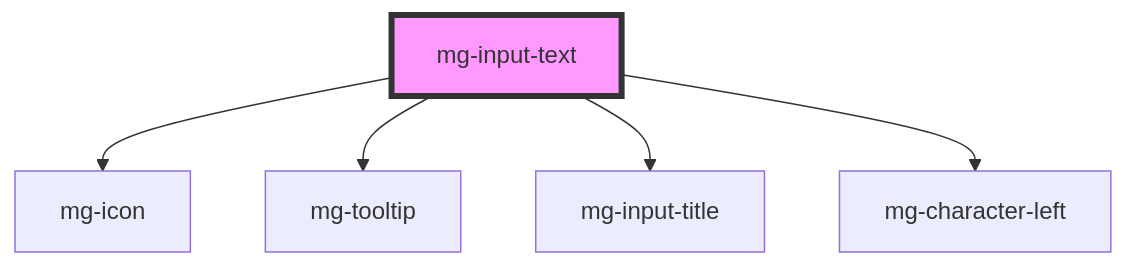
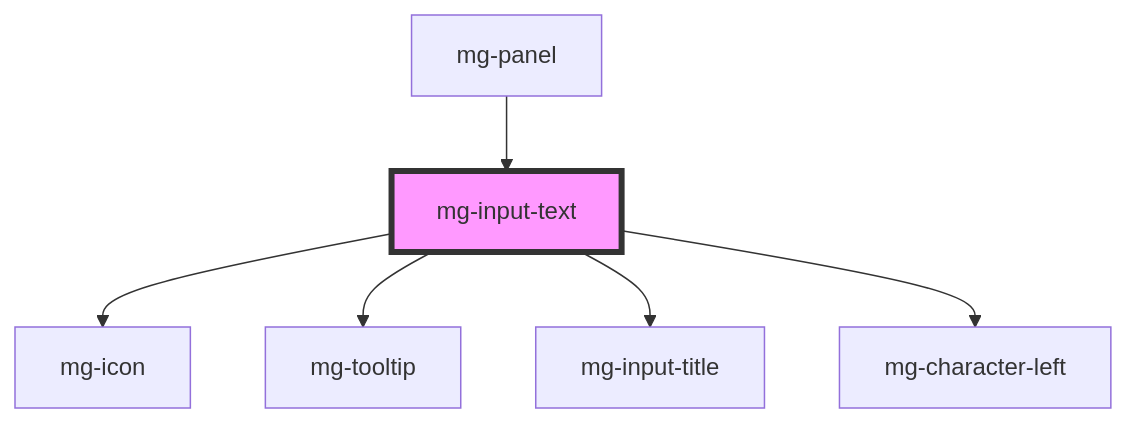
Before and after one commit to MGDIS/mg-components: the diagram in src/components/molecules/inputs/mg-input-text/readme.md, drawn with Mermaid. The commit also changed other lines of this file and 37 other files, not shown here.

````diff
--- a/src/components/molecules/inputs/mg-input-text/readme.md
+++ b/src/components/molecules/inputs/mg-input-text/readme.md
@@ -59,8 +63,9 @@
 ```mermaid
 graph TD;
   mg-input-text --> mg-icon
   mg-input-text --> mg-tooltip
   mg-input-text --> mg-input-title
   mg-input-text --> mg-character-left
+  mg-panel --> mg-input-text
   style mg-input-text fill:#f9f,stroke:#333,stroke-width:4px
 ```
````
